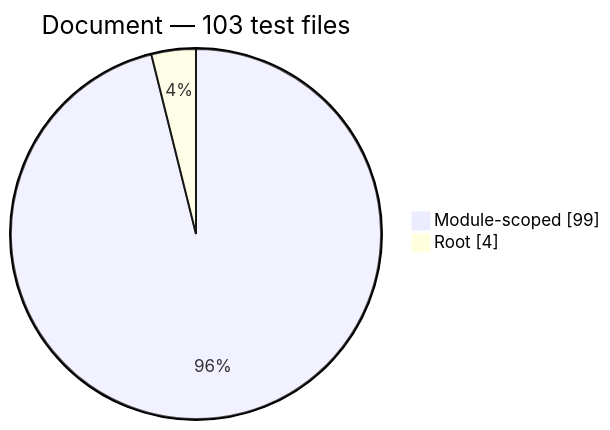
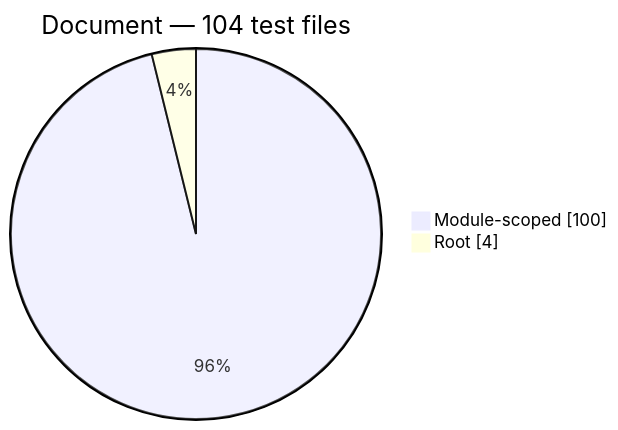
Before and after one commit to PHP-Arazzo/php-arazzo: the fourth of 13 diagrams in docs/generated/test-composition.md, drawn with Mermaid. The commit also changed other lines of this file and 22 other files, not shown here.

Commit message:
docs: regenerate architecture docs

````diff
--- a/docs/generated/test-composition.md
+++ b/docs/generated/test-composition.md
@@ -62,6 +62,6 @@
 ```mermaid
 pie showData
-    title Document — 103 test files
-    "Module-scoped": 99
+    title Document — 104 test files
+    "Module-scoped": 100
     "Root": 4
 ```
````
